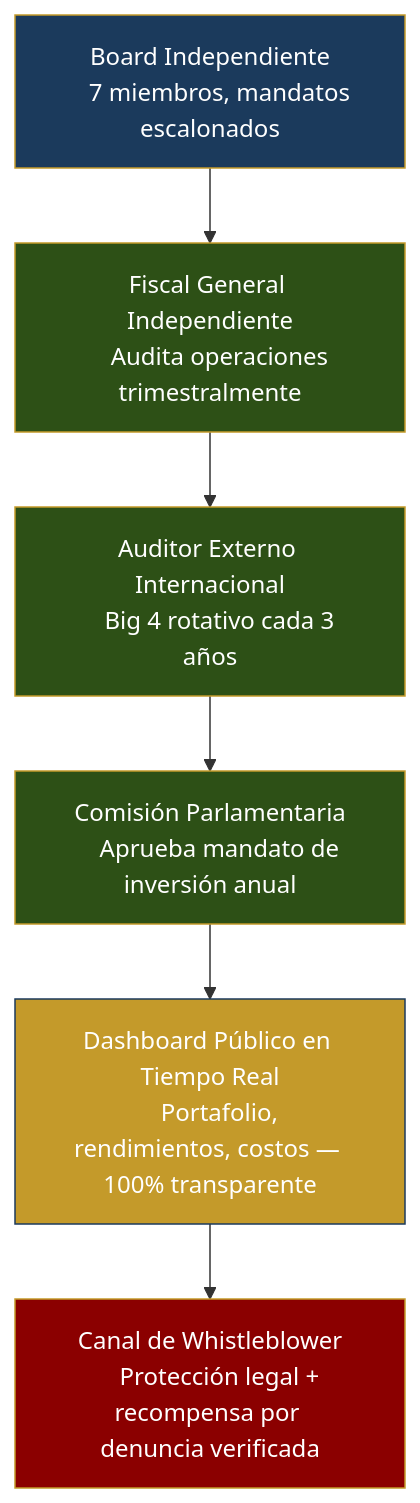
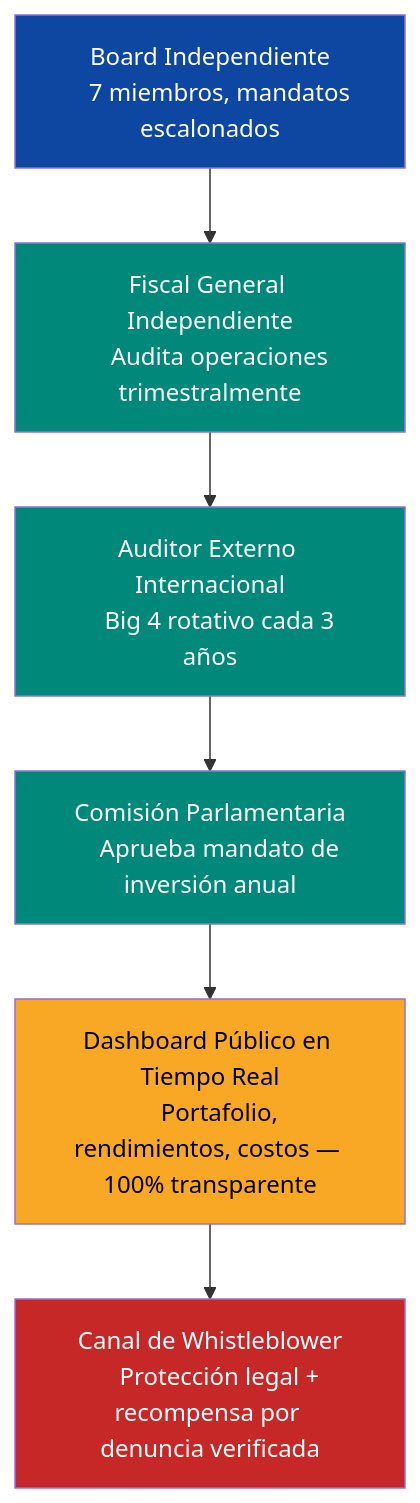
Before and after one commit to Venezuela-S-A/venezuela-sa: the third of 5 diagrams in docs/02-motor-financiero/fondo-soberano.md, drawn with Mermaid. The commit also changed other lines of this file and 127 other files, not shown here.

````diff
--- a/docs/02-motor-financiero/fondo-soberano.md
+++ b/docs/02-motor-financiero/fondo-soberano.md
@@ -68,21 +72,21 @@
 ```mermaid
 flowchart TD
     A["Board Independiente
     7 miembros, mandatos escalonados"] --> B["Fiscal General Independiente
     Audita operaciones trimestralmente"]
     B --> C["Auditor Externo Internacional
     Big 4 rotativo cada 3 años"]
     C --> D["Comisión Parlamentaria
     Aprueba mandato de inversión anual"]
     D --> E["Dashboard Público en Tiempo Real
     Portafolio, rendimientos, costos — 100% transparente"]
     E --> F["Canal de Whistleblower
     Protección legal + recompensa por denuncia verificada"]
 
-    style A fill:#1B3A5C,stroke:#C49A2A,color:#fff
-    style B fill:#2d5016,stroke:#C49A2A,color:#fff
-    style C fill:#2d5016,stroke:#C49A2A,color:#fff
-    style D fill:#2d5016,stroke:#C49A2A,color:#fff
-    style E fill:#C49A2A,stroke:#1B3A5C,color:#fff
-    style F fill:#8B0000,stroke:#C49A2A,color:#fff
+    style A fill:#0D47A1,color:#fff
+    style B fill:#00897B,color:#fff
+    style C fill:#00897B,color:#fff
+    style D fill:#00897B,color:#fff
+    style E fill:#F9A825,color:#000
+    style F fill:#C62828,color:#fff
 ```
````
